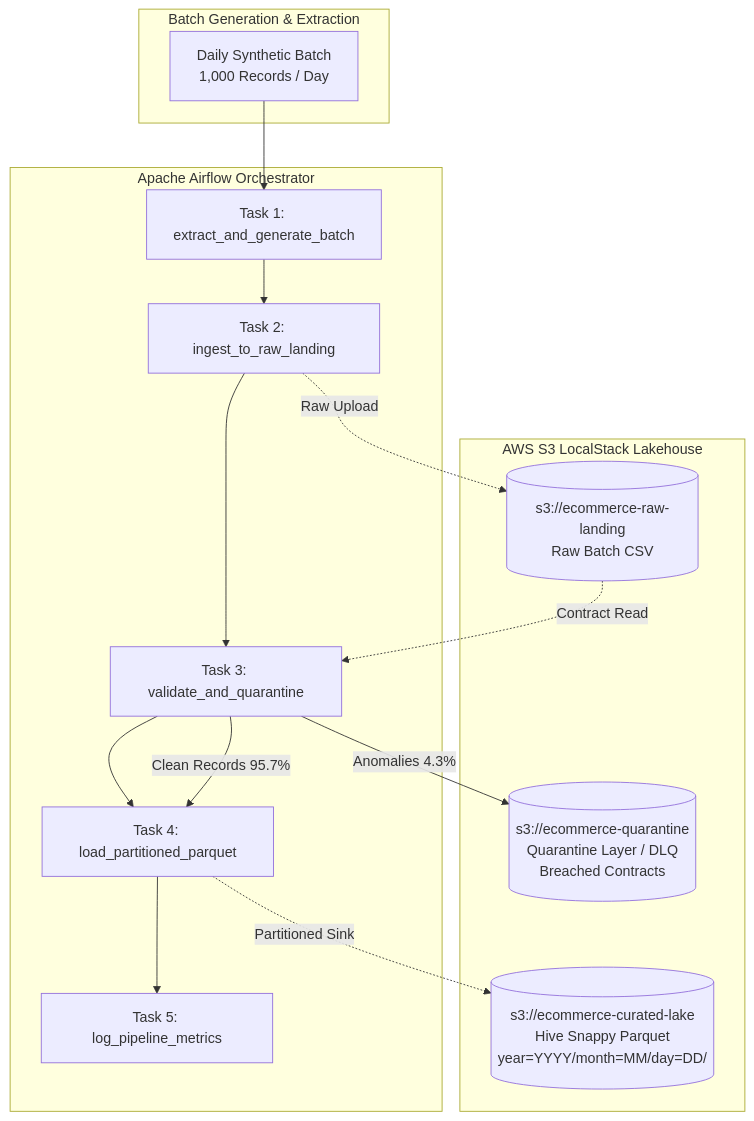
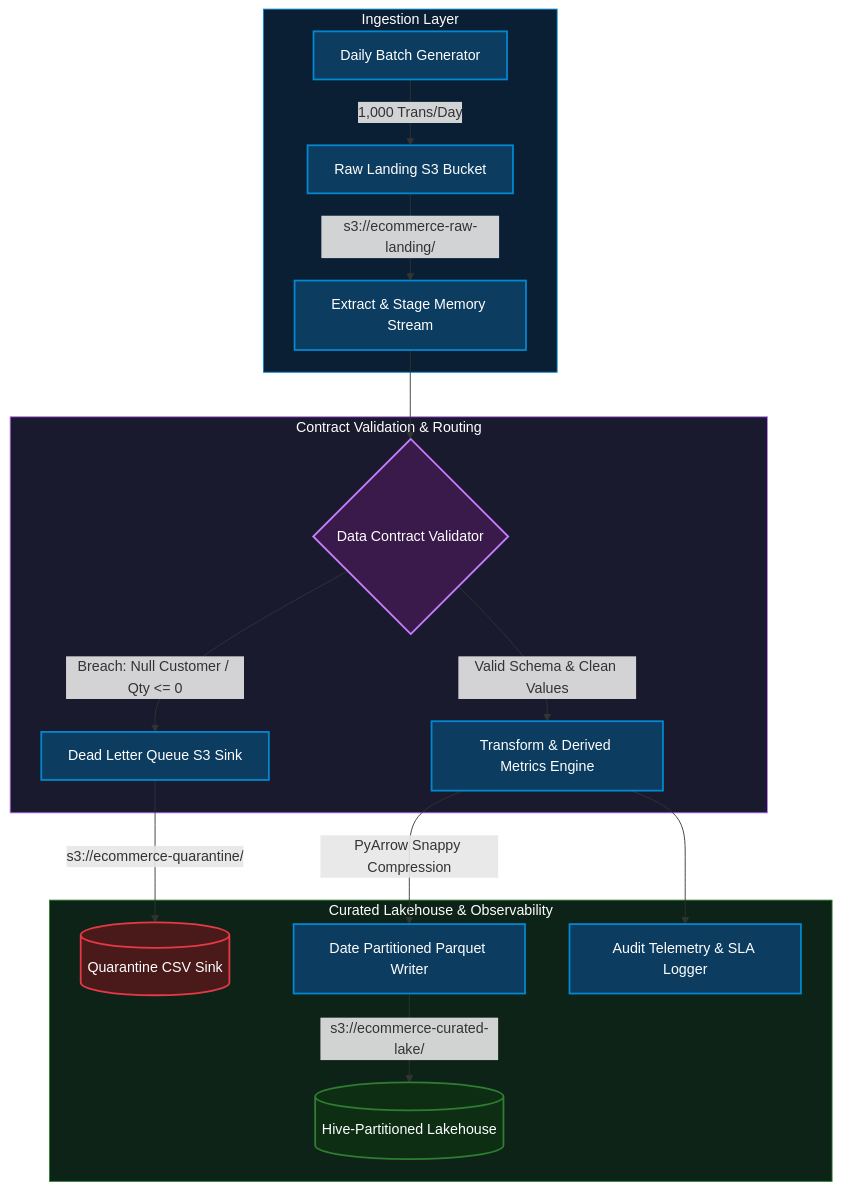
The first of 3 diagrams in README.md (arsalankazi/airflow-batch-pipeline), drawn with Mermaid before and after one commit. The commit also changed other lines of this file and 6 other files, not shown here.

````diff
--- a/README.md
+++ b/README.md
@@ -9,26 +9,34 @@
 ```mermaid
 flowchart TD
-    subgraph Ingestion_Batch ["Batch Generation & Extraction"]
-        A[Daily Synthetic Batch<br>1,000 Records / Day]
+    subgraph Ingestion["Ingestion Layer"]
+        A[Daily Batch Generator] -->|1,000 Trans/Day| B[Raw Landing S3 Bucket]
+        B -->|s3://ecommerce-raw-landing/| C[Extract & Stage Memory Stream]
     end
 
-    subgraph Orchestration ["Apache Airflow Orchestrator"]
-        B[Task 1: extract_and_generate_batch] --> C[Task 2: ingest_to_raw_landing]
-        C --> D[Task 3: validate_and_quarantine]
-        D --> E[Task 4: load_partitioned_parquet]
-        E --> F[Task 5: log_pipeline_metrics]
+    subgraph Validation["Contract Validation & Routing"]
+        C --> D{Data Contract Validator}
+        D -->|Breach: Null Customer / Qty <= 0| E[Dead Letter Queue S3 Sink]
+        D -->|Valid Schema & Clean Values| F[Transform & Derived Metrics Engine]
     end
 
-    subgraph Storage_Tier ["AWS S3 LocalStack Lakehouse"]
-        S3_Raw[(s3://ecommerce-raw-landing<br>Raw Batch CSV)]
-        S3_Curated[(s3://ecommerce-curated-lake<br>Hive Snappy Parquet<br>year=YYYY/month=MM/day=DD/)]
-        S3_Quarantine[(s3://ecommerce-quarantine<br>Quarantine Layer / DLQ<br>Breached Contracts)]
+    subgraph Storage["Curated Lakehouse & Observability"]
+        E -->|s3://ecommerce-quarantine/| G[(Quarantine CSV Sink)]
+        F -->|PyArrow Snappy Compression| H[Date Partitioned Parquet Writer]
+        H -->|s3://ecommerce-curated-lake/| I[(Hive-Partitioned Lakehouse)]
+        F --> J[Audit Telemetry & SLA Logger]
     end
 
-    A --> B
-    C -. Raw Upload .-> S3_Raw
-    S3_Raw -. Contract Read .-> D
-    D -- Anomalies 4.3% --> S3_Quarantine
-    D -- Clean Records 95.7% --> E
-    E -. Partitioned Sink .-> S3_Curated
+    classDef validation fill:#3a1a4a,stroke:#c77dff,stroke-width:2px,color:#ffffff;
+    classDef quarantine fill:#4a1a1a,stroke:#e63946,stroke-width:2px,color:#ffffff;
+    classDef lakehouse fill:#0d2e13,stroke:#2e7d32,stroke-width:2px,color:#ffffff;
+    classDef compute fill:#0d3c61,stroke:#0288d1,stroke-width:2px,color:#ffffff;
+
+    class D validation;
+    class G quarantine;
+    class I lakehouse;
+    class A,B,C,E,F,H,J compute;
+
+    style Ingestion fill:#0a1f33,stroke:#0288d1,stroke-width:1px,color:#ffffff
+    style Validation fill:#1a1a2e,stroke:#c77dff,stroke-width:1px,color:#ffffff
+    style Storage fill:#0d2318,stroke:#2e7d32,stroke-width:1px,color:#ffffff
 ```
````
